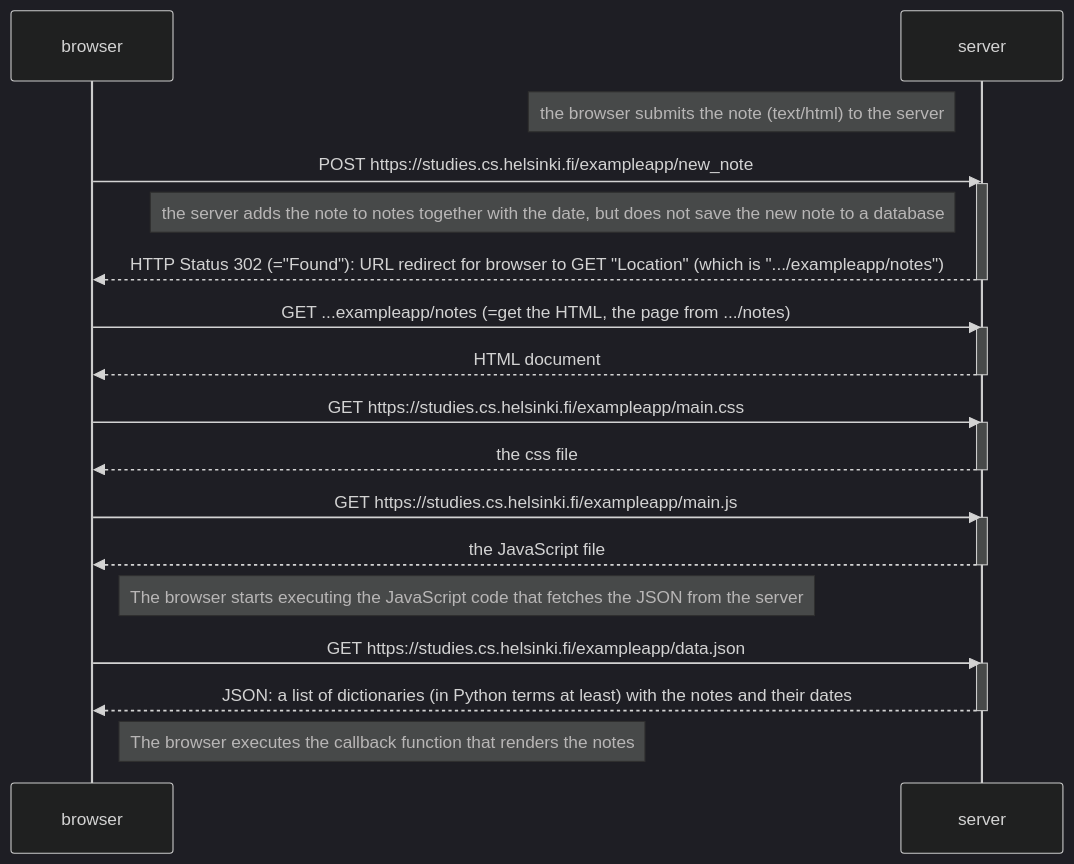
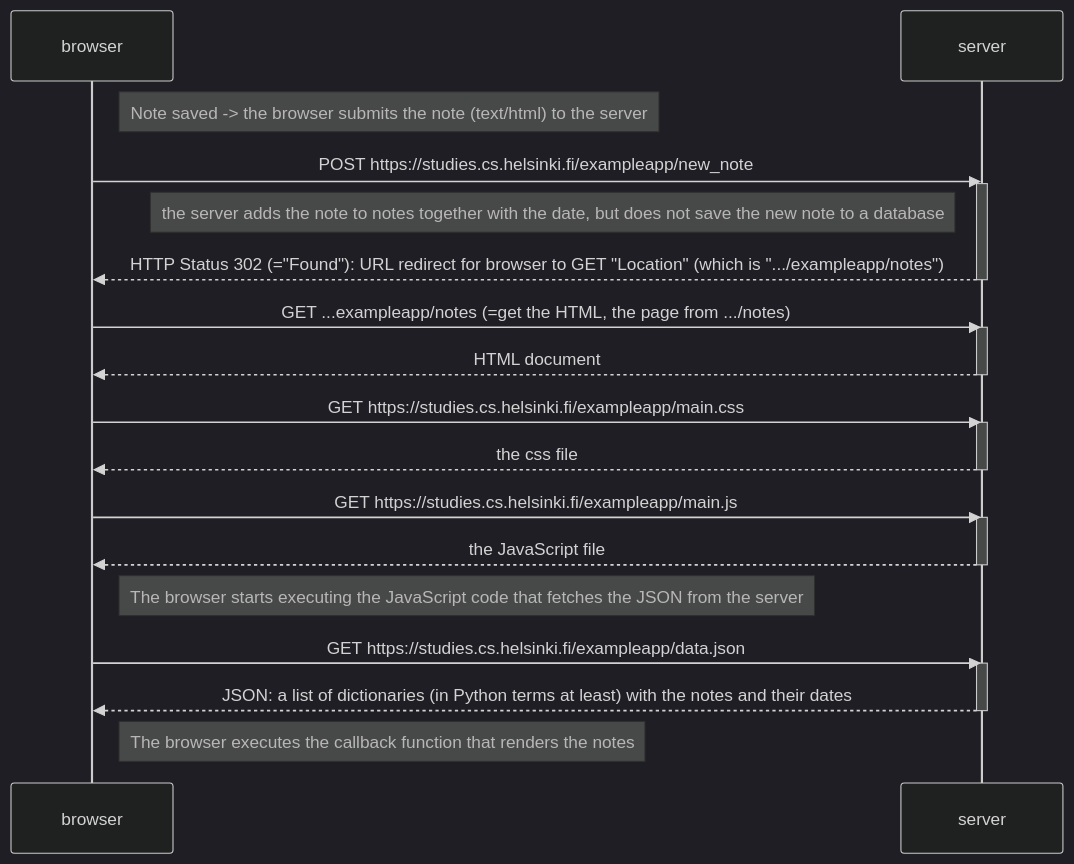
The diagram in part0/tehtava0_4_New_note_diagram.md (kwantton/full_stack_open_2024), drawn with Mermaid (dark theme) before and after one commit.

Commit message:
Update tehtava0_4_New_note_diagram.md
better description

````diff
--- a/part0/tehtava0_4_New_note_diagram.md
+++ b/part0/tehtava0_4_New_note_diagram.md
@@ -5,38 +5,38 @@
 ```mermaid
 sequenceDiagram
     participant browser
     participant server
 
-Note left of server: the browser submits the note (text/html) to the server
+Note right of browser: Note saved -> the browser submits the note (text/html) to the server
 
 browser->>server: POST https://studies.cs.helsinki.fi/exampleapp/new_note
     activate server
 Note left of server: the server adds the note to notes together with the date, but does not save the new note to a database
     server-->>browser: HTTP Status 302 (="Found"): URL redirect for browser to GET "Location" (which is ".../exampleapp/notes")
     deactivate server
 
     browser->>server: GET ...exampleapp/notes (=get the HTML, the page from .../notes)
     activate server
     server-->>browser: HTML document
     deactivate server
 
     browser->>server: GET https://studies.cs.helsinki.fi/exampleapp/main.css
     activate server
     server-->>browser: the css file
     deactivate server
 
     browser->>server: GET https://studies.cs.helsinki.fi/exampleapp/main.js
     activate server
     server-->>browser: the JavaScript file
     deactivate server
 
     Note right of browser: The browser starts executing the JavaScript code that fetches the JSON from the server
 
     browser->>server: GET https://studies.cs.helsinki.fi/exampleapp/data.json
     activate server
     server-->>browser: JSON: a list of dictionaries (in Python terms at least) with the notes and their dates
     deactivate server
 
     Note right of browser: The browser executes the callback function that renders the notes
 
 ```
````
